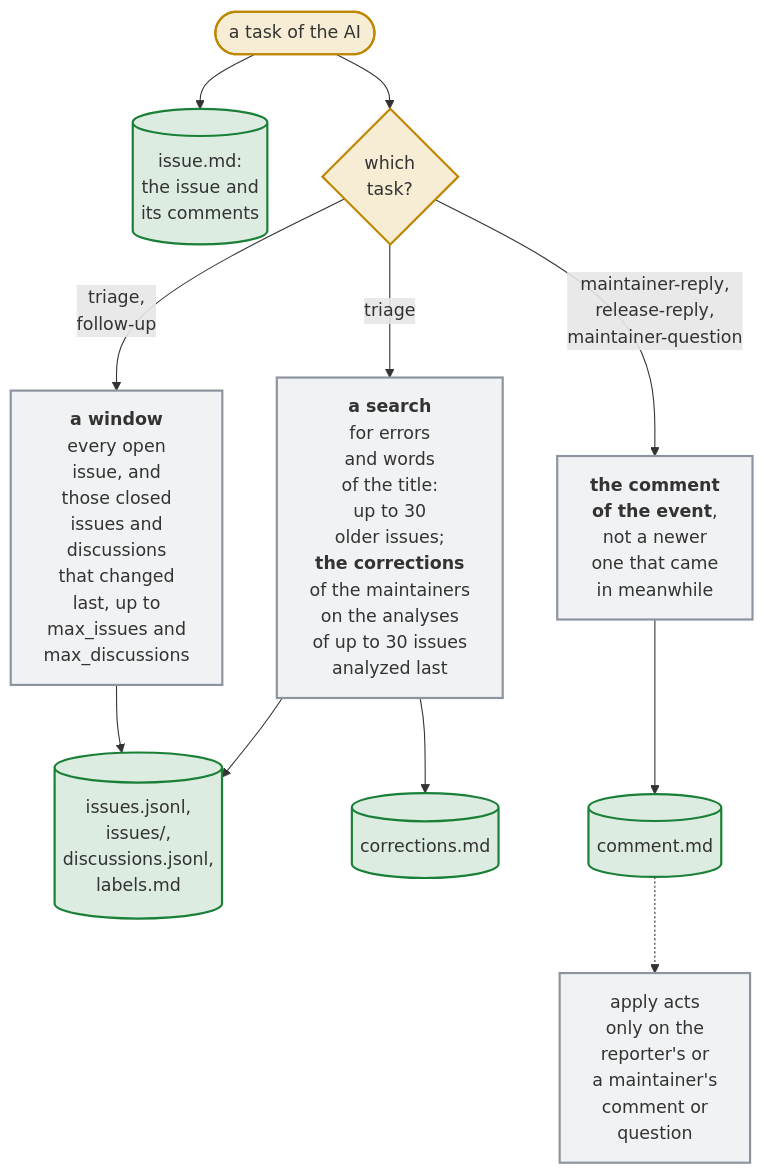
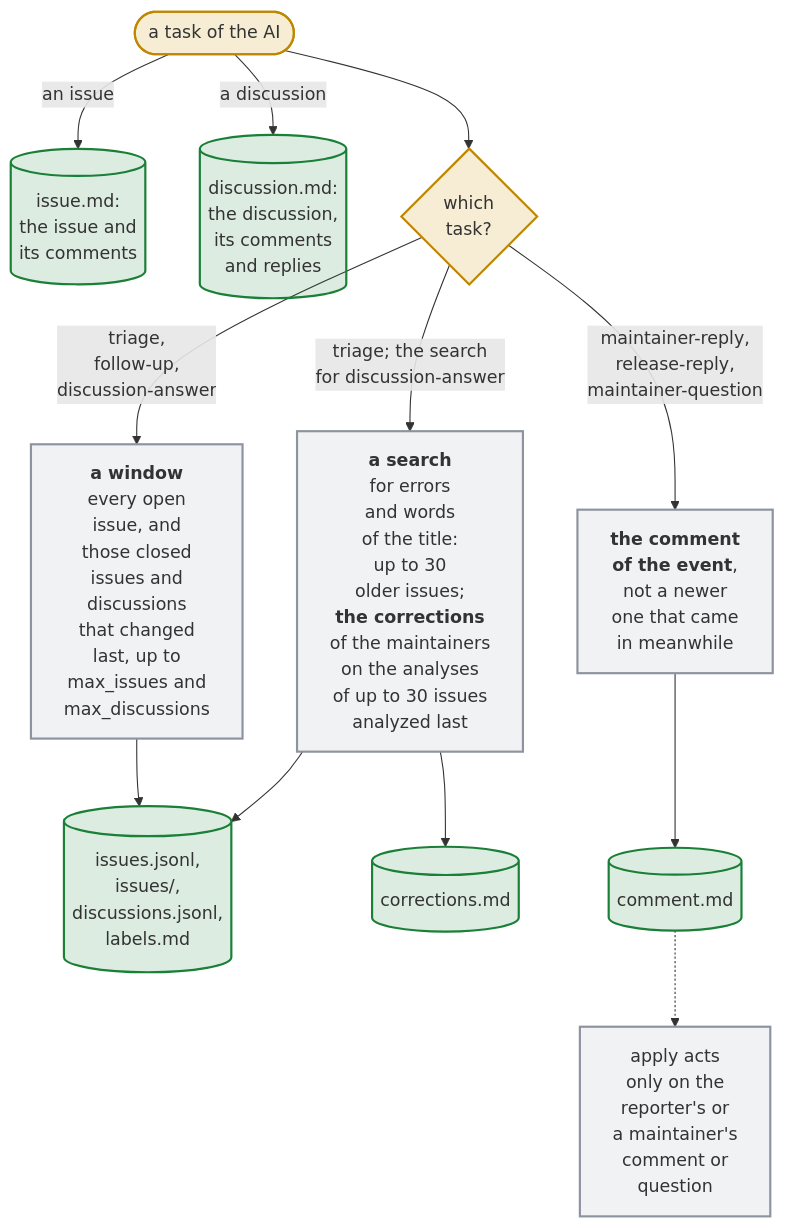
The diagram in docs/diagrams/what-the-ai-reads-for-each-task.mmd (Dennis-Otto/issue-assistant), drawn with Mermaid before and after one commit. The commit also changed 66 other files, not shown here.

First line of the commit message:
feat: a checked first answer for Q&A discussions (#144)

```diff
--- a/docs/diagrams/what-the-ai-reads-for-each-task.mmd
+++ b/docs/diagrams/what-the-ai-reads-for-each-task.mmd
@@ -1,21 +1,22 @@
 flowchart TB
   accTitle: What the AI reads for each task
-  accDescr: Every task reads issue.md, the issue with all its comments. A first analysis and a follow-up also read the labels, every open issue, the closed issues that changed last up to max_issues and the discussions that changed last up to max_discussions, from GitHub's GraphQL API, which lists no pull request; each issue has an excerpt in issues.jsonl and its whole text in issues/. A first analysis adds up to 30 older issues that a search for the names of errors and the words of the title finds, and corrections.md: what the maintainers corrected of the analyses of up to max_analyzed issues analyzed last, which it learns from. A reply, maintainer-reply, release-reply or maintainer-question, reads comment.md instead: the comment whose event started the run, not a newer one that came in while the run waited. The apply job acts only when that comment is the reporter's or a maintainer's, or a maintainer's question.
-  task(["a task of the AI"]) --> issue[("issue.md:<br>the issue and<br>its comments")]
+  accDescr: Every task of an issue reads issue.md, the issue with all its comments; the first answer to a discussion, discussion-answer, reads discussion.md instead, the discussion with its comments and their replies. A first analysis, a follow-up and a first answer to a discussion also read the labels, every open issue, the closed issues that changed last up to max_issues and the discussions that changed last up to max_discussions, all but a first answer to a discussion with the labels, from GitHub's GraphQL API, which lists no pull request; each issue has an excerpt in issues.jsonl and its whole text in issues/. A first analysis and a first answer to a discussion add up to 30 older issues that a search for the names of errors and the words of the title finds, and a first analysis corrections.md: what the maintainers corrected of the analyses of up to max_analyzed issues analyzed last, which it learns from. A reply, maintainer-reply, release-reply or maintainer-question, reads comment.md instead: the comment whose event started the run, not a newer one that came in while the run waited. The apply job acts only when that comment is the reporter's or a maintainer's, or a maintainer's question.
+  task(["a task of the AI"]) -- "an issue" --> issue[("issue.md:<br>the issue and<br>its comments")]
+  task -- "a discussion" --> discussion[("discussion.md:<br>the discussion,<br>its comments<br>and replies")]
   task --> which{"which<br>task?"}
-  which -- "triage,<br>follow-up" --> window["`**a window**<br>every open<br>issue, and<br>those closed<br>issues and<br>discussions<br>that changed<br>last, up to<br>max_issues and<br>max_discussions`"]
-  which -- "triage" --> search["`**a search**<br>for errors<br>and words<br>of the title:<br>up to 30<br>older issues;<br>**the corrections**<br>of the maintainers<br>on the analyses<br>of up to 30 issues<br>analyzed last`"]
+  which -- "triage,<br>follow-up,<br>discussion-answer" --> window["`**a window**<br>every open<br>issue, and<br>those closed<br>issues and<br>discussions<br>that changed<br>last, up to<br>max_issues and<br>max_discussions`"]
+  which -- "triage; the search<br>for discussion-answer" --> search["`**a search**<br>for errors<br>and words<br>of the title:<br>up to 30<br>older issues;<br>**the corrections**<br>of the maintainers<br>on the analyses<br>of up to 30 issues<br>analyzed last`"]
   which -- "maintainer-reply,<br>release-reply,<br>maintainer-question" --> judged["`**the comment<br>of the event**,<br>not a newer<br>one that came<br>in meanwhile`"]
   window --> files[("issues.jsonl,<br>issues/,<br>discussions.jsonl,<br>labels.md")]
   search --> files
   search --> corrections[("corrections.md")]
   judged --> comment[("comment.md")]
   comment -.-> apply["apply acts<br>only on the<br>reporter's or<br>a maintainer's<br>comment or<br>question"]
   classDef trigger fill:#d4a72c33,stroke:#bf8700,stroke-width:2px
   classDef question fill:#d4a72c33,stroke:#bf8700,stroke-width:2px
   classDef job fill:#8c959f1f,stroke:#8c959f,stroke-width:2px
   classDef safe fill:#1a7f3726,stroke:#1a7f37,stroke-width:2px
   class task trigger
   class which question
   class window,search,judged,apply job
-  class issue,files,corrections,comment safe
+  class issue,discussion,files,corrections,comment safe
```
